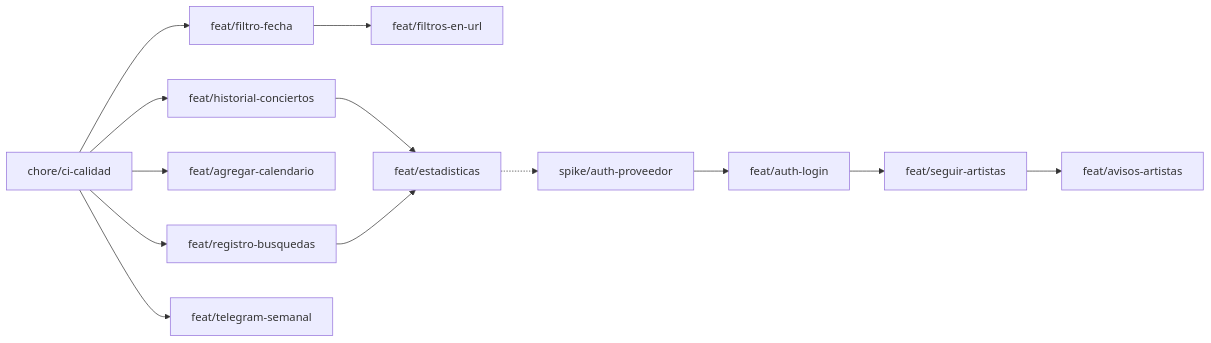
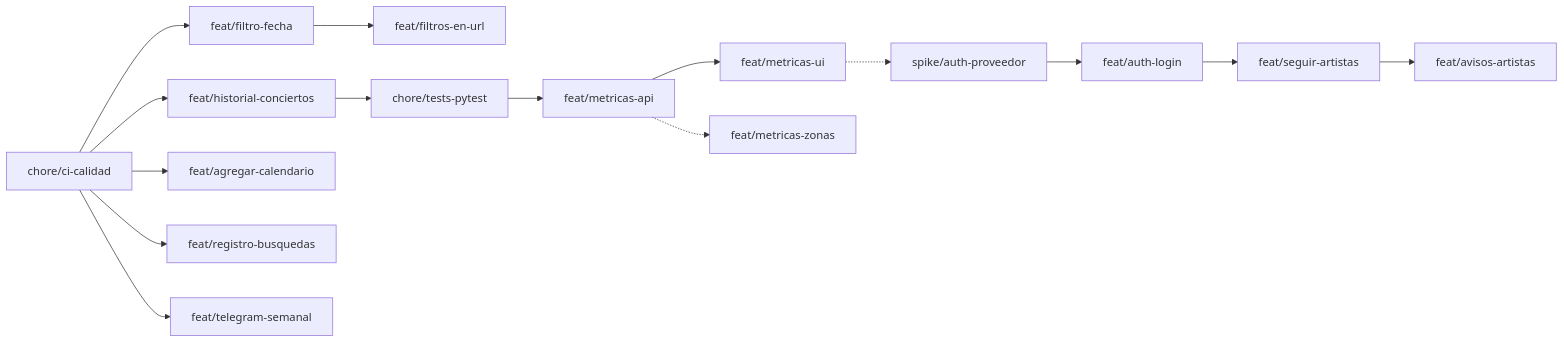
The diagram in docs/PLAN.md (FernandezMarcodev/concierto-finder), drawn with Mermaid before and after one commit. The commit also changed other lines of this file and 12 other files, not shown here.

First line of the commit message:
feat(metricas): API de métricas calculadas en SQL/PostGIS (#6)

````diff
--- a/docs/PLAN.md
+++ b/docs/PLAN.md
@@ -96,15 +96,15 @@
 ```mermaid
 flowchart LR
     ci[chore/ci-calidad] --> hist[feat/historial-conciertos]
     ci --> fecha[feat/filtro-fecha]
     ci --> cal[feat/agregar-calendario]
     fecha --> url[feat/filtros-en-url]
     ci --> busq[feat/registro-busquedas]
-    hist --> est[feat/estadisticas]
-    busq --> est
+    hist --> tests[chore/tests-pytest] --> api[feat/metricas-api] --> est[feat/metricas-ui]
+    api -.-> zonas[feat/metricas-zonas]
     ci --> tg[feat/telegram-semanal]
     est -.-> spike[spike/auth-proveedor]
     spike --> login[feat/auth-login]
     login --> seguir[feat/seguir-artistas]
     seguir --> avisos[feat/avisos-artistas]
 ```
````
